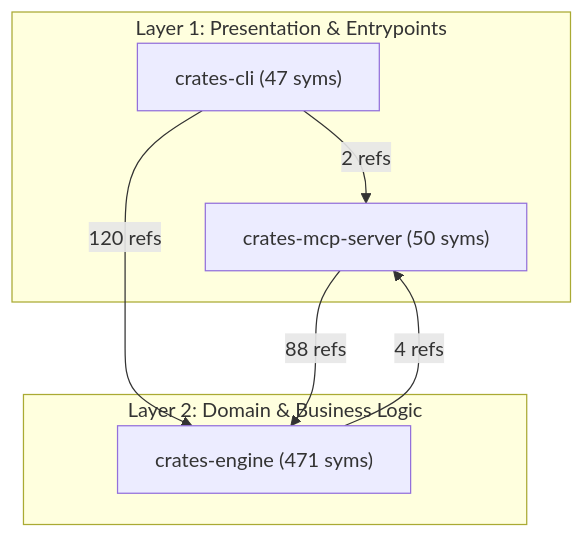
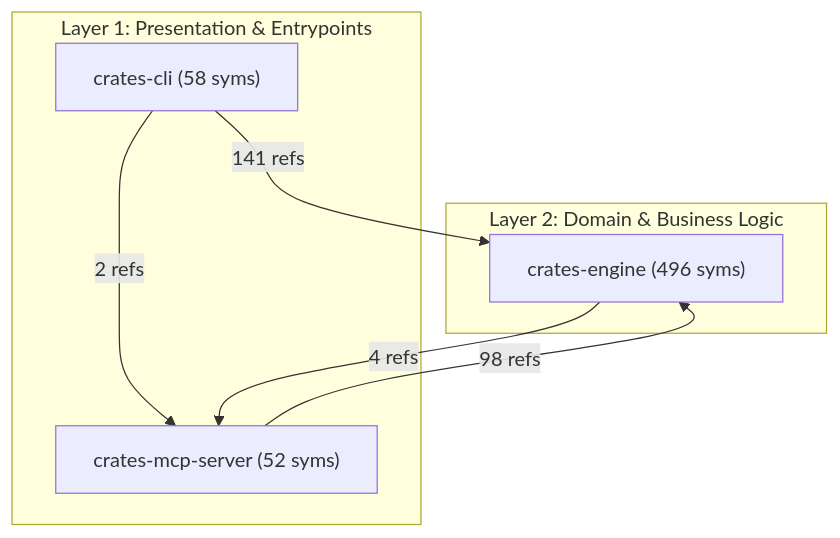
One commit to MatinBodaghi/repotrim changed the diagram in docs/ARCHITECTURE.md. Above: the diagram before and after it, drawn with Mermaid. The commit also changed other lines of this file and 11 other files, not shown here.

First line of the commit message:
feat: Expose community detection in CLI and MCP

````diff
--- a/docs/ARCHITECTURE.md
+++ b/docs/ARCHITECTURE.md
@@ -21,16 +21,16 @@
 ```mermaid
 flowchart TD
     subgraph Presentation["Layer 1: Presentation & Entrypoints"]
-        subsys_crates_mcp_server["crates-mcp-server (50 syms)"]
-        subsys_crates_cli["crates-cli (47 syms)"]
+        subsys_crates_cli["crates-cli (58 syms)"]
+        subsys_crates_mcp_server["crates-mcp-server (52 syms)"]
     end
 
     subgraph Domain["Layer 2: Domain & Business Logic"]
-        subsys_crates_engine["crates-engine (471 syms)"]
+        subsys_crates_engine["crates-engine (496 syms)"]
     end
 
-    subsys_crates_mcp_server -->|"88 refs"| subsys_crates_engine
-    subsys_crates_cli -->|"120 refs"| subsys_crates_engine
+    subsys_crates_cli -->|"141 refs"| subsys_crates_engine
     subsys_crates_cli -->|"2 refs"| subsys_crates_mcp_server
+    subsys_crates_mcp_server -->|"98 refs"| subsys_crates_engine
     subsys_crates_engine -->|"4 refs"| subsys_crates_mcp_server
 ```
````
